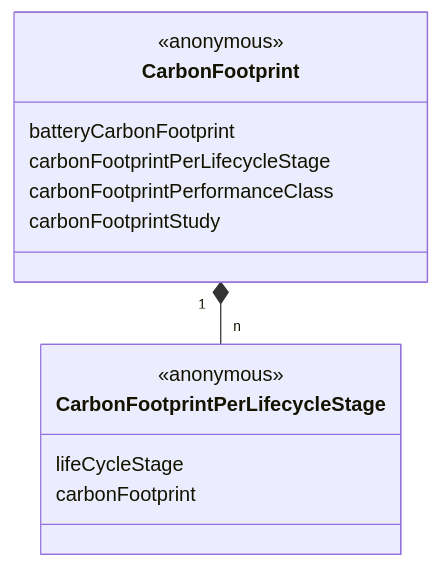
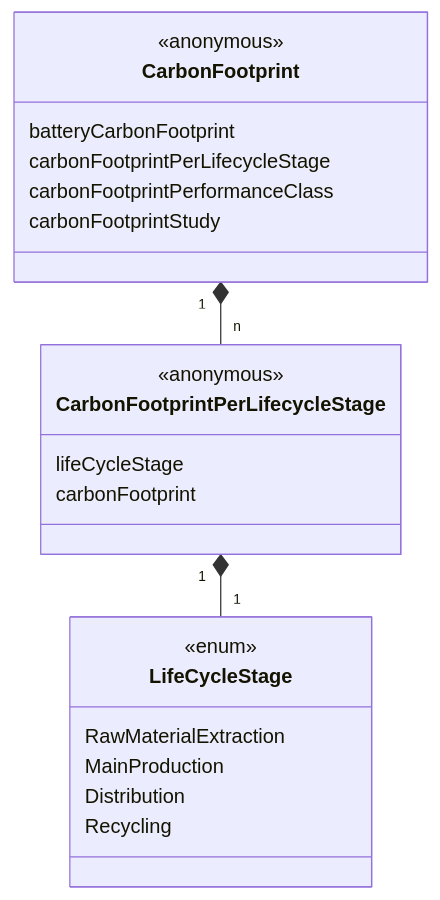
The third of 8 diagrams in docs/contexts/dbp/vocabulary.md (spherity/dpp-vocabulary), drawn with Mermaid before and after one commit. The commit also changed other lines of this file and 1 other file, not shown here.

````diff
--- a/docs/contexts/dbp/vocabulary.md
+++ b/docs/contexts/dbp/vocabulary.md
@@ -124,16 +141,24 @@
 ```mermaid
 classDiagram
     class CarbonFootprint{
         <<anonymous>>
         batteryCarbonFootprint
         carbonFootprintPerLifecycleStage
         carbonFootprintPerformanceClass
         carbonFootprintStudy
     }
     class CarbonFootprintPerLifecycleStage{
         <<anonymous>>
         lifeCycleStage
         carbonFootprint
     }
+    class LifeCycleStage{
+        <<enum>>
+        RawMaterialExtraction
+        MainProduction
+        Distribution
+        Recycling
+    }
     CarbonFootprint "1" *-- "n" CarbonFootprintPerLifecycleStage
+    CarbonFootprintPerLifecycleStage "1" *-- "1" LifeCycleStage
 ```
````
